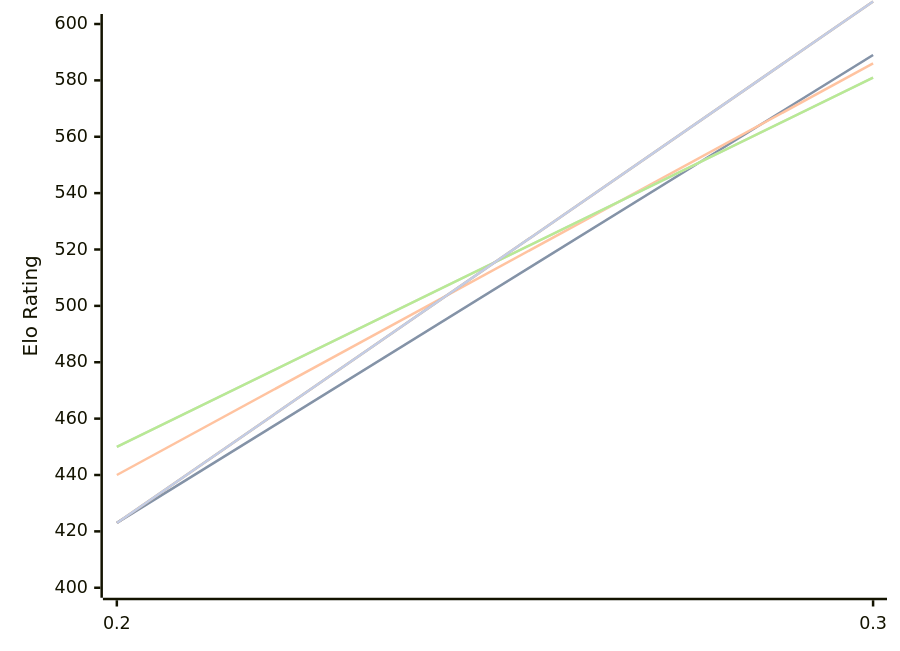
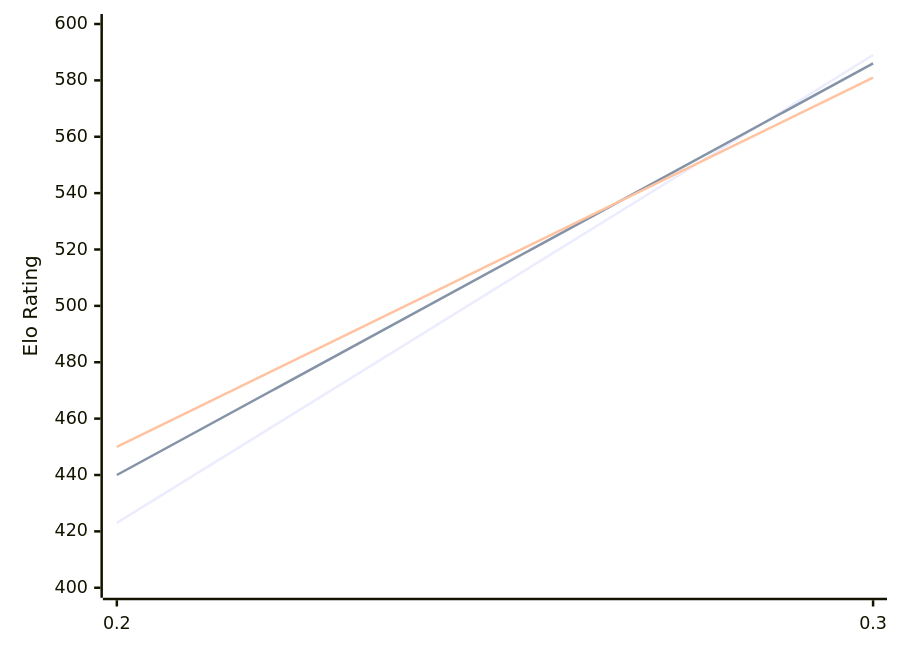
Before and after one commit to computer-chess-index/cci: the diagram in engines/Magpie.md, drawn with Mermaid. The commit also changed other lines of this file, not shown here.

Commit message:
Update CCI Ratings (ELO VLTC) - 2026-10-11

````diff
--- a/engines/Magpie.md
+++ b/engines/Magpie.md
@@ -48,13 +48,9 @@
 ```mermaid
 %%{init: {"theme":"base","themeVariables":{"seriesColors:['#a3a3a3','#222221','#faa371']}}}%%
 xychart-beta
   x-axis ["0.2", "0.3"]
   y-axis "Elo Rating" 400 --> 600
-  line "" [423, 589]
   line "T1: STC (8.0+0.08s)" [423, 589]
   line "T1: LTC (60.0+0.60s)" [440, 586]
-  line "" [450, 581]
   line "T1: VLTC (2m24s+1.12s)" [450, 581]
-  line "" [423,608]
-  line "E1: STC (8.0+0.08s)" [423,608]
 ```
````
